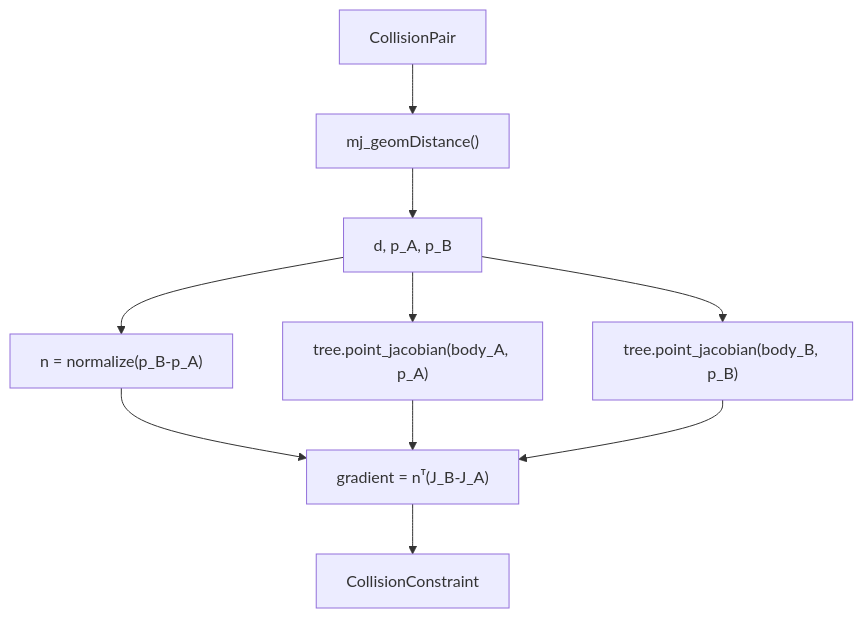
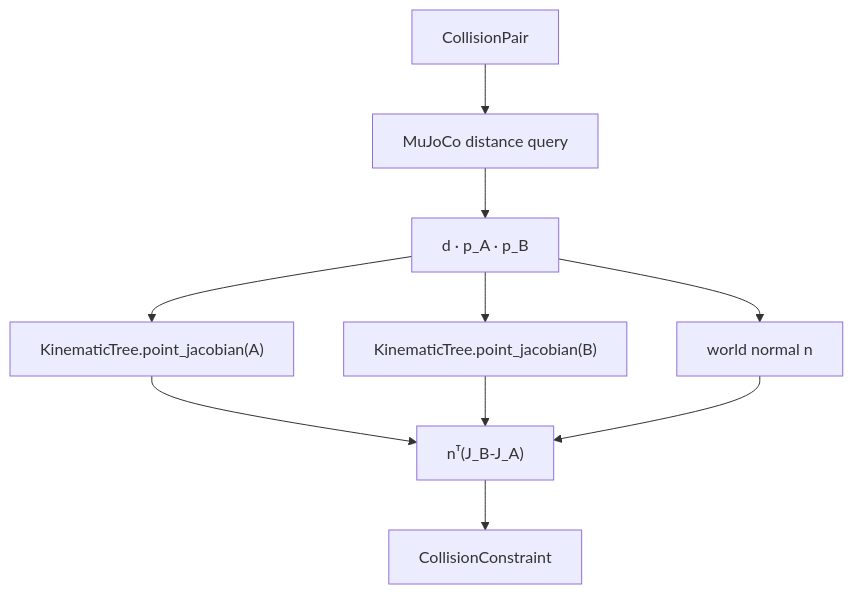
Before and after one commit to Geonhee-LEE/aiworker-mj-lab: the diagram in docs/guide/collision-kinematics.md, drawn with Mermaid. The commit also changed other lines of this file and 54 other files, not shown here.

````diff
--- a/docs/guide/collision-kinematics.md
+++ b/docs/guide/collision-kinematics.md
@@ -113,12 +48,12 @@
 ```mermaid
 flowchart TD
-    P["CollisionPair"] --> D["mj_geomDistance()"]
-    D --> X["d, p_A, p_B"]
-    X --> N["n = normalize(p_B-p_A)"]
-    X --> JA["tree.point_jacobian(body_A, p_A)"]
-    X --> JB["tree.point_jacobian(body_B, p_B)"]
-    N --> G["gradient = nᵀ(J_B-J_A)"]
-    JA --> G
+    P["CollisionPair"] --> D["MuJoCo distance query"]
+    D --> X["d · p_A · p_B"]
+    X --> JA["KinematicTree.point_jacobian(A)"]
+    X --> JB["KinematicTree.point_jacobian(B)"]
+    X --> N["world normal n"]
+    JA --> G["nᵀ(J_B-J_A)"]
     JB --> G
+    N --> G
     G --> C["CollisionConstraint"]
 ```
````
